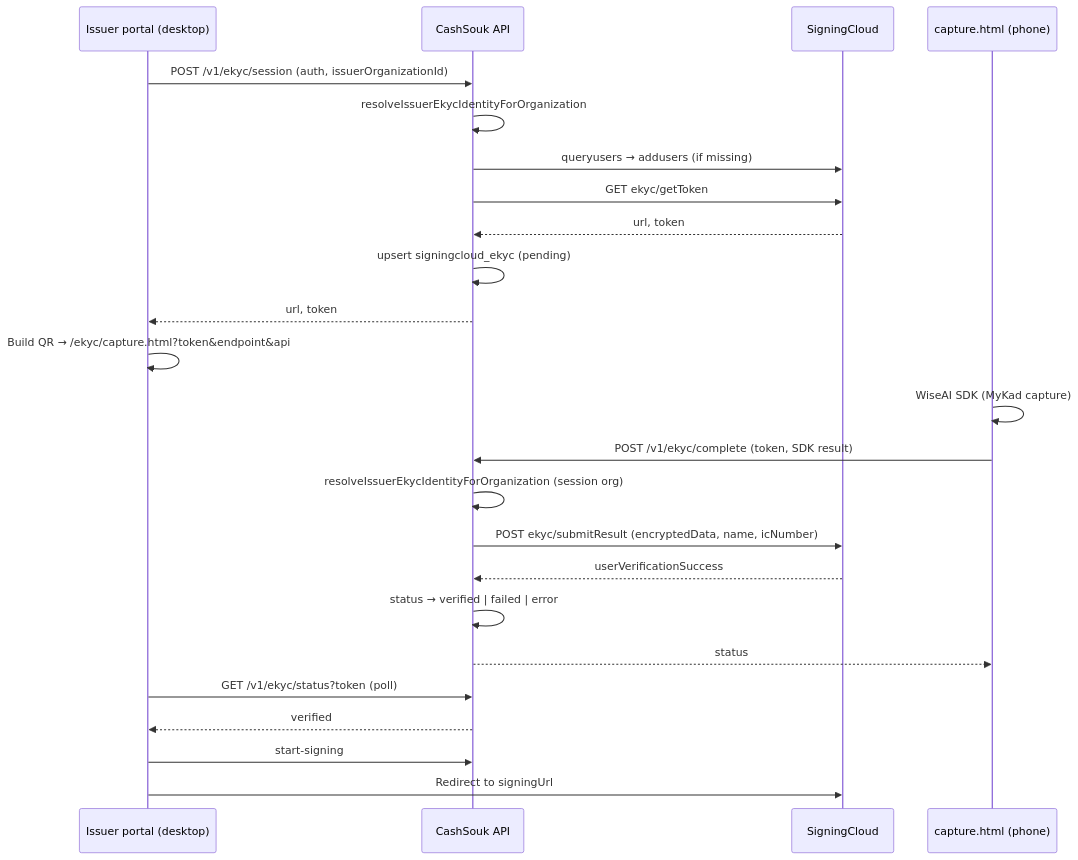
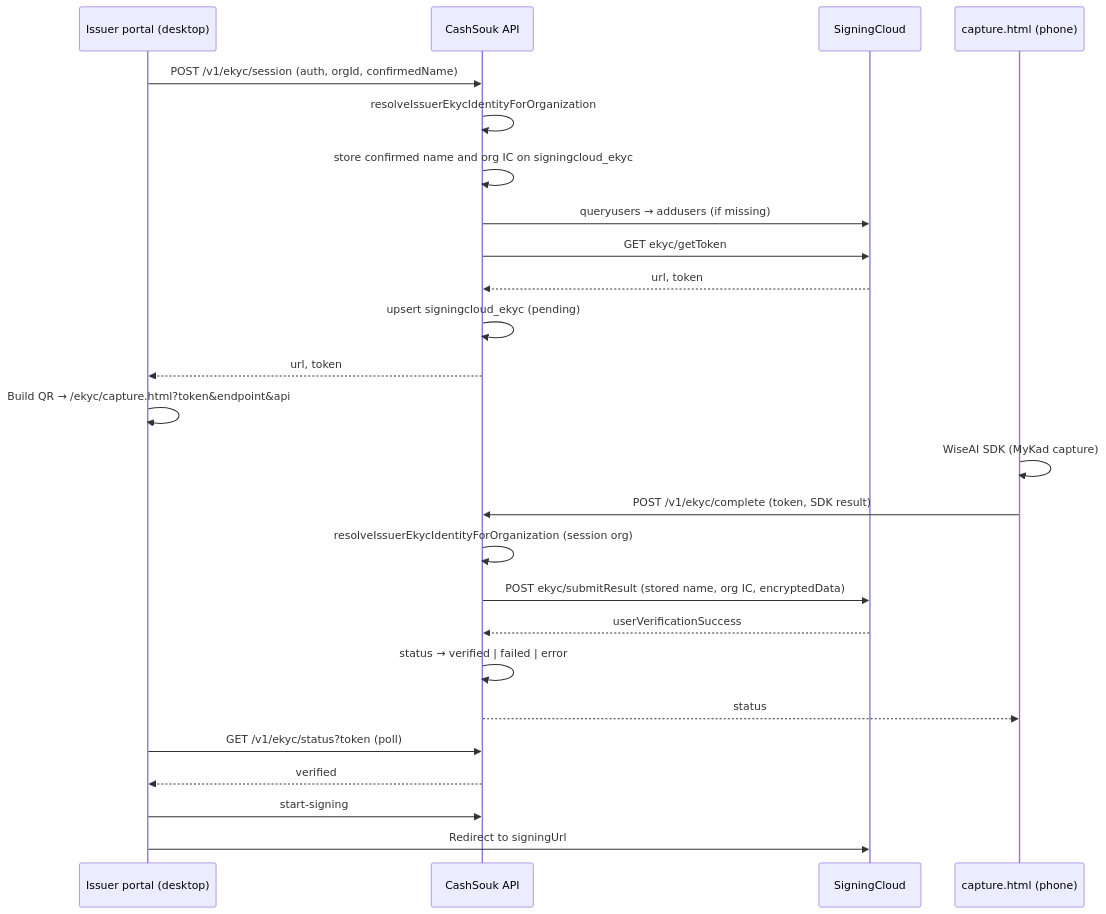
One commit to Malcan-Technologies/shoraka changed the diagram in docs/integrations/signingcloud-ekyc-flow.md. Above: the diagram before and after it, drawn with Mermaid. The commit also changed other lines of this file and 13 other files, not shown here.

First line of the commit message:
fix: bind confirmed identity on session create and remove PII from QR

````diff
--- a/docs/integrations/signingcloud-ekyc-flow.md
+++ b/docs/integrations/signingcloud-ekyc-flow.md
@@ -21,29 +21,30 @@
 ```mermaid
 sequenceDiagram
   participant Desktop as Issuer portal (desktop)
   participant API as CashSouk API
   participant SC as SigningCloud
   participant Mobile as capture.html (phone)
 
-  Desktop->>API: POST /v1/ekyc/session (auth, issuerOrganizationId)
+  Desktop->>API: POST /v1/ekyc/session (auth, orgId, confirmedName)
   API->>API: resolveIssuerEkycIdentityForOrganization
+  API->>API: store confirmed name and org IC on signingcloud_ekyc
   API->>SC: queryusers → addusers (if missing)
   API->>SC: GET ekyc/getToken
   SC-->>API: url, token
   API->>API: upsert signingcloud_ekyc (pending)
   API-->>Desktop: url, token
   Desktop->>Desktop: Build QR → /ekyc/capture.html?token&endpoint&api
 
   Mobile->>Mobile: WiseAI SDK (MyKad capture)
   Mobile->>API: POST /v1/ekyc/complete (token, SDK result)
   API->>API: resolveIssuerEkycIdentityForOrganization (session org)
-  API->>SC: POST ekyc/submitResult (encryptedData, name, icNumber)
+  API->>SC: POST ekyc/submitResult (stored name, org IC, encryptedData)
   SC-->>API: userVerificationSuccess
   API->>API: status → verified | failed | error
   API-->>Mobile: status
 
   Desktop->>API: GET /v1/ekyc/status?token (poll)
   API-->>Desktop: verified
   Desktop->>API: start-signing
   Desktop->>SC: Redirect to signingUrl
 ```
````
